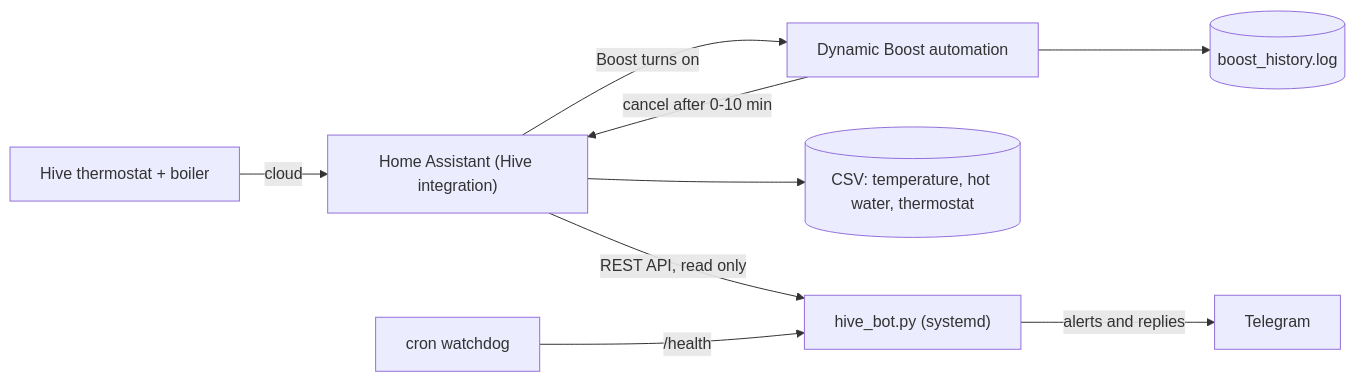
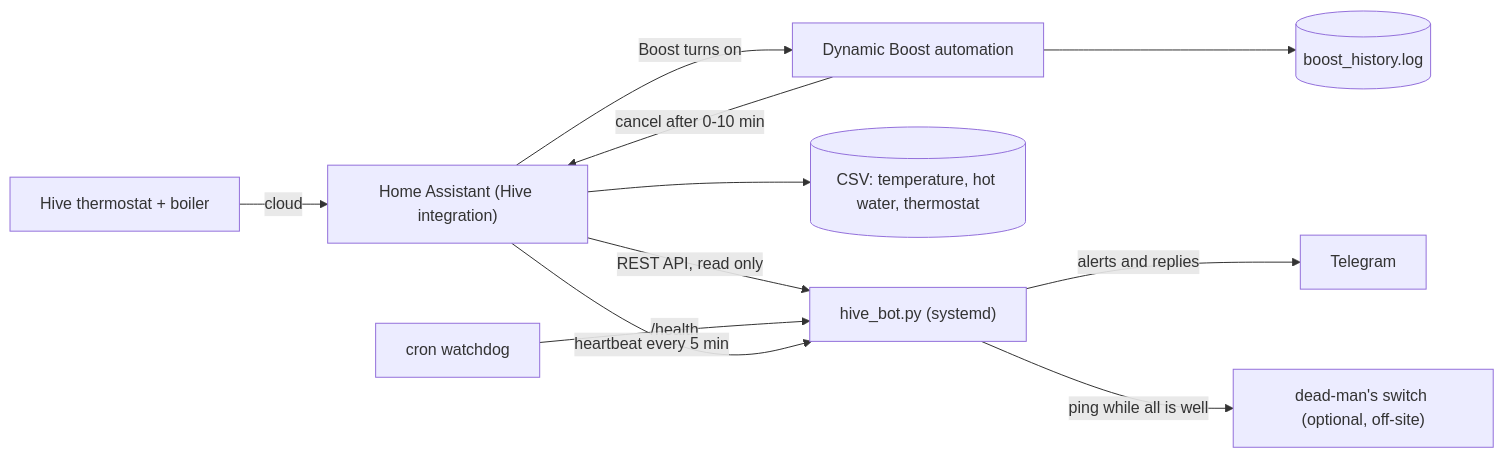
One commit to popek1990/hive-dynamic-boost-control-home-assistant changed the diagram in README.md. Above: the diagram before and after it, drawn with Mermaid. The commit also changed other lines of this file and 12 other files, not shown here.

````diff
--- a/README.md
+++ b/README.md
@@ -128,11 +148,13 @@
 ```mermaid
 flowchart LR
     Hive["Hive thermostat + boiler"] -->|cloud| HA["Home Assistant (Hive integration)"]
     HA -->|Boost turns on| Auto["Dynamic Boost automation"]
     Auto -->|"cancel after 0-10 min"| HA
     Auto --> Logfile[("boost_history.log")]
     HA --> Csv[("CSV: temperature, hot water, thermostat")]
     HA -->|"REST API, read only"| Bot["hive_bot.py (systemd)"]
     Bot -->|alerts and replies| Tg["Telegram"]
     Cron["cron watchdog"] -->|/health| Bot
+    HA -->|"heartbeat every 5 min"| Bot
+    Bot -->|"ping while all is well"| Ext["dead-man's switch (optional, off-site)"]
 ```
````
